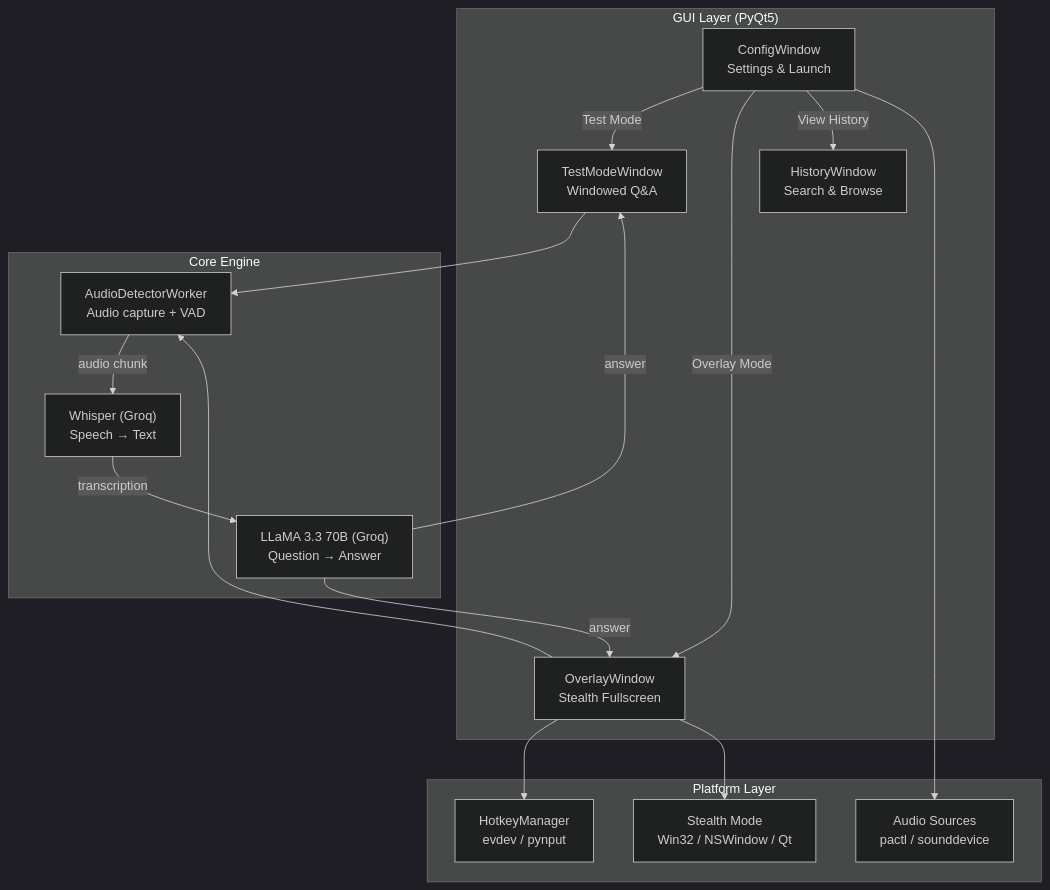
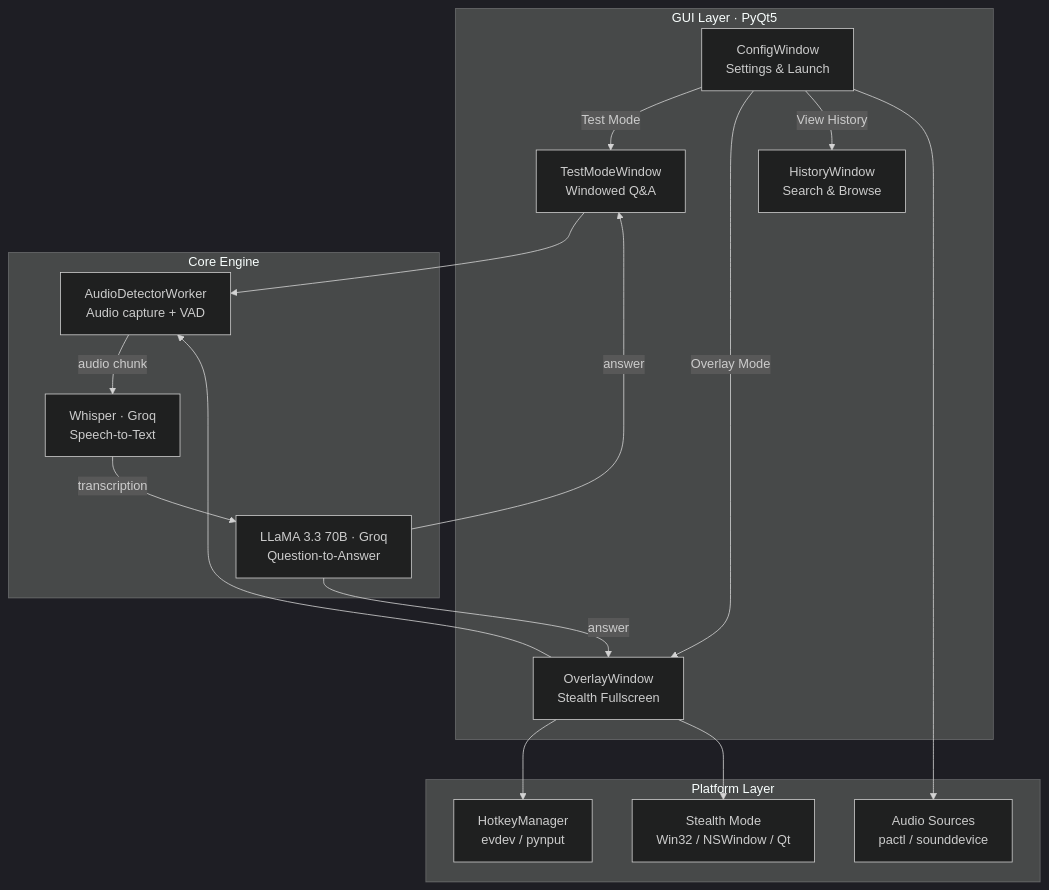
One commit to Alkaness/audio_question_detector changed the diagram in README.md. Above: the diagram before and after it, drawn with Mermaid (dark theme). The commit also changed other lines of this file, not shown here.

````diff
--- a/README.md
+++ b/README.md
@@ -39,33 +45,33 @@
 ```mermaid
 graph TB
-    subgraph UI["GUI Layer (PyQt5)"]
+    subgraph UI["GUI Layer · PyQt5"]
         CW["ConfigWindow<br/>Settings & Launch"]
         TM["TestModeWindow<br/>Windowed Q&A"]
         OW["OverlayWindow<br/>Stealth Fullscreen"]
         HW["HistoryWindow<br/>Search & Browse"]
     end
 
     subgraph Core["Core Engine"]
         ADW["AudioDetectorWorker<br/>Audio capture + VAD"]
-        WH["Whisper (Groq)<br/>Speech → Text"]
-        LLM["LLaMA 3.3 70B (Groq)<br/>Question → Answer"]
+        WH["Whisper · Groq<br/>Speech-to-Text"]
+        LLM["LLaMA 3.3 70B · Groq<br/>Question-to-Answer"]
     end
 
     subgraph Platform["Platform Layer"]
         HK["HotkeyManager<br/>evdev / pynput"]
         AS["Audio Sources<br/>pactl / sounddevice"]
         ST["Stealth Mode<br/>Win32 / NSWindow / Qt"]
     end
 
     CW -->|"Test Mode"| TM
     CW -->|"Overlay Mode"| OW
     CW -->|"View History"| HW
     TM --> ADW
     OW --> ADW
     ADW -->|"audio chunk"| WH
     WH -->|"transcription"| LLM
     LLM -->|"answer"| TM & OW
     OW --> HK
     OW --> ST
     CW --> AS
 ```
````
